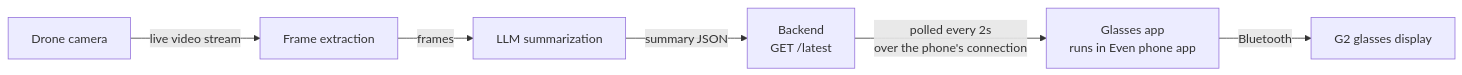
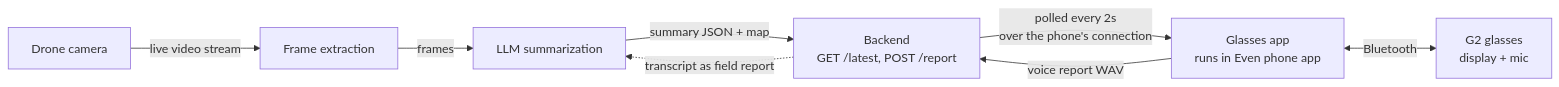
The diagram in glasses-app/README.md (lily1c/la-hacks-2026), drawn with Mermaid before and after one commit. The commit also changed other lines of this file and 8 other files, not shown here.

First line of the commit message:
Add live fire map and voice reports to glasses app

````diff
--- a/glasses-app/README.md
+++ b/glasses-app/README.md
@@ -18,8 +18,10 @@
 ```mermaid
 flowchart LR
     A[Drone camera] -->|live video stream| B[Frame extraction]
     B -->|frames| C[LLM summarization]
-    C -->|summary JSON| D[Backend<br/>GET /latest]
+    C -->|summary JSON + map| D[Backend<br/>GET /latest, POST /report]
     D -->|polled every 2s<br/>over the phone's connection| E[Glasses app<br/>runs in Even phone app]
-    E -->|Bluetooth| F[G2 glasses display]
+    E <-->|Bluetooth| F[G2 glasses<br/>display + mic]
+    E -->|voice report WAV| D
+    D -.->|transcript as field report| C
 ```
````
